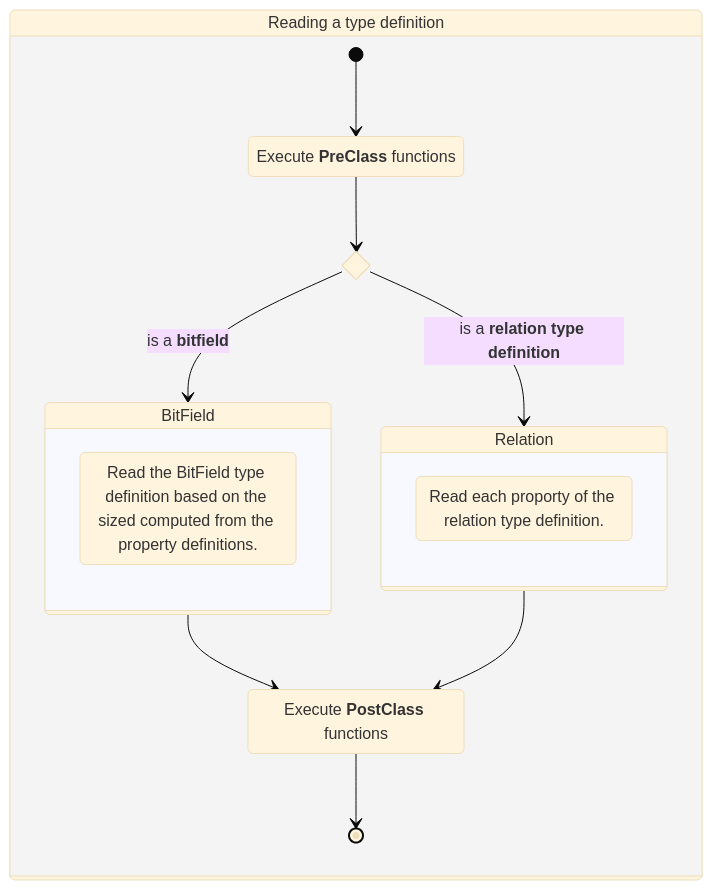
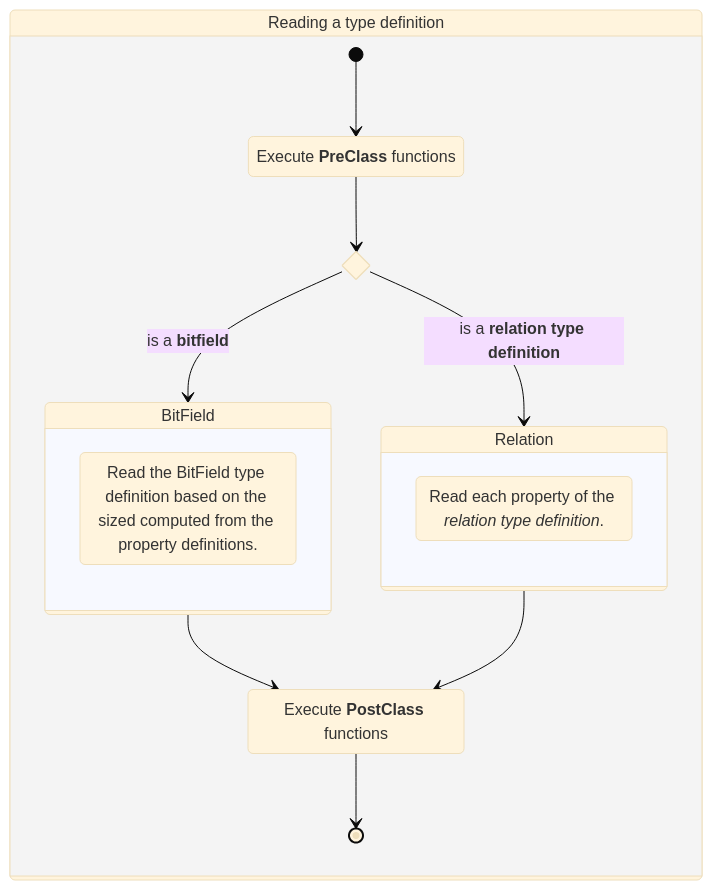
Before and after one commit to tperale/binspector: the first of 3 diagrams in docs/Getting-Started-With-Binspector.md, drawn with Mermaid (base theme). The commit also changed other lines of this file, not shown here.

````diff
--- a/docs/Getting-Started-With-Binspector.md
+++ b/docs/Getting-Started-With-Binspector.md
@@ -42,22 +102,22 @@
 ```mermaid
 stateDiagram-v2
 state if_state <<choice>>
 start: Reading a type definition
 state start {
     PreClass: Execute __PreClass__ functions
     [*] --> PreClass
     PreClass --> if_state
     if_state --> BitField: is a __bitfield__
     if_state --> Relation : is a __relation type definition__
     state Relation {
-        ReadRel: Read each proporty of the relation type definition.
+        ReadRel: Read each property of the _relation type definition_.
     }
     state BitField {
         ReadBF: Read the BitField type definition based on the sized computed from the property definitions.
     }
     BitField --> PostClass
     Relation --> PostClass
     PostClass: Execute __PostClass__ functions
     PostClass --> [*]
 }
 ```
````
